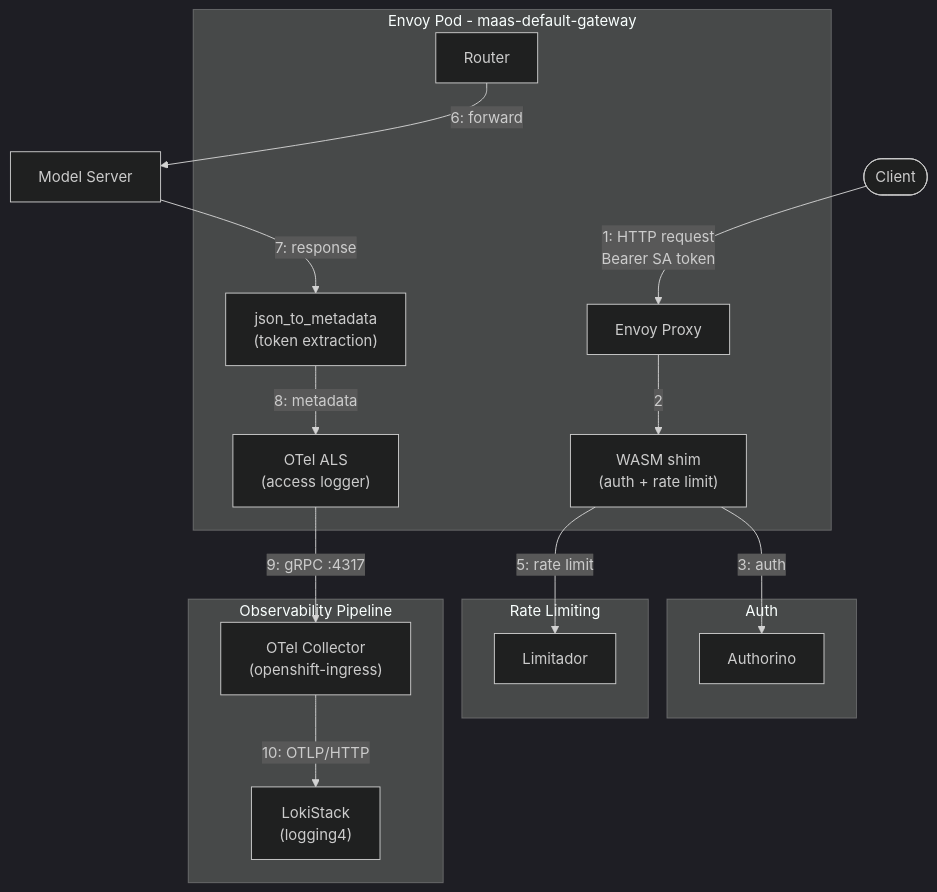
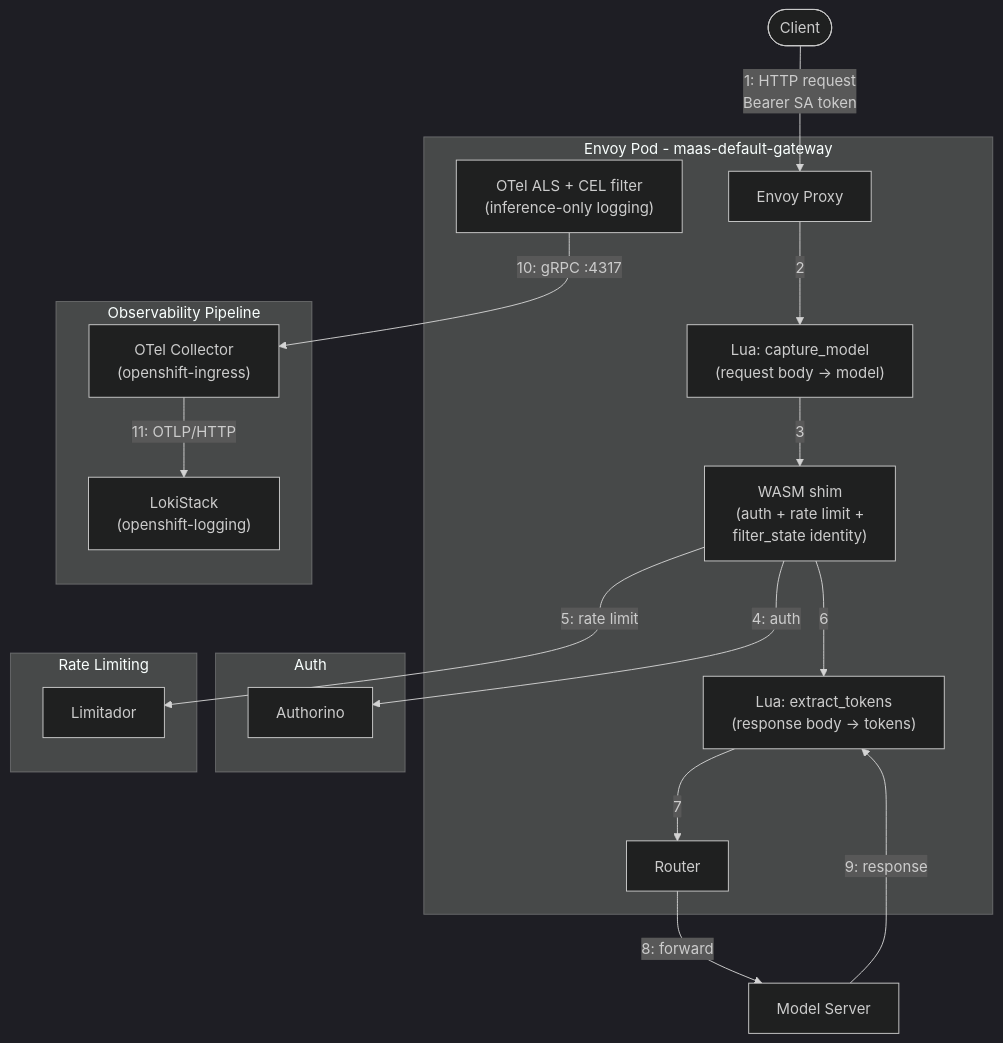
One commit to tgitelman/maas-billing changed the second of 4 diagrams in envoy-otel-structured-logs-plan.md. Above: the diagram before and after it, drawn with Mermaid (dark theme). The commit also changed other lines of this file and 7 other files, not shown here.

First line of the commit message:
fix: dashboard table data accuracy and model extraction from response body

````diff
--- a/envoy-otel-structured-logs-plan.md
+++ b/envoy-otel-structured-logs-plan.md
@@ -83,31 +86,34 @@
 ```mermaid
 flowchart TD
     client(["Client"]) -->|"1: HTTP request\nBearer SA token"| envoy
     subgraph envoyPod ["Envoy Pod - maas-default-gateway"]
         envoy["Envoy Proxy"]
-        wasmShim["WASM shim\n(auth + rate limit)"]
-        j2m["json_to_metadata\n(token extraction)"]
-        otelALS["OTel ALS\n(access logger)"]
+        luaModel["Lua: capture_model\n(request body → model)"]
+        wasmShim["WASM shim\n(auth + rate limit +\nfilter_state identity)"]
+        luaTokens["Lua: extract_tokens\n(response body → tokens)"]
+        otelALS["OTel ALS + CEL filter\n(inference-only logging)"]
         routerNode["Router"]
     end
     subgraph authBlock ["Auth"]
         authorino["Authorino"]
     end
     subgraph rateBlock ["Rate Limiting"]
         limitador["Limitador"]
     end
     subgraph obsBlock ["Observability Pipeline"]
         otelCollector["OTel Collector\n(openshift-ingress)"]
-        loki["LokiStack\n(logging4)"]
+        loki["LokiStack\n(openshift-logging)"]
     end
     modelServer["Model Server"]
 
-    envoy -->|"2"| wasmShim
-    wasmShim -->|"3: auth"| authorino
+    envoy -->|"2"| luaModel
+    luaModel -->|"3"| wasmShim
+    wasmShim -->|"4: auth"| authorino
     wasmShim -->|"5: rate limit"| limitador
-    routerNode -->|"6: forward"| modelServer
-    modelServer -->|"7: response"| j2m
-    j2m -->|"8: metadata"| otelALS
-    otelALS -->|"9: gRPC :4317"| otelCollector
-    otelCollector -->|"10: OTLP/HTTP"| loki
+    wasmShim -->|"6"| luaTokens
+    luaTokens -->|"7"| routerNode
+    routerNode -->|"8: forward"| modelServer
+    modelServer -->|"9: response"| luaTokens
+    otelALS -->|"10: gRPC :4317"| otelCollector
+    otelCollector -->|"11: OTLP/HTTP"| loki
 ```
````
